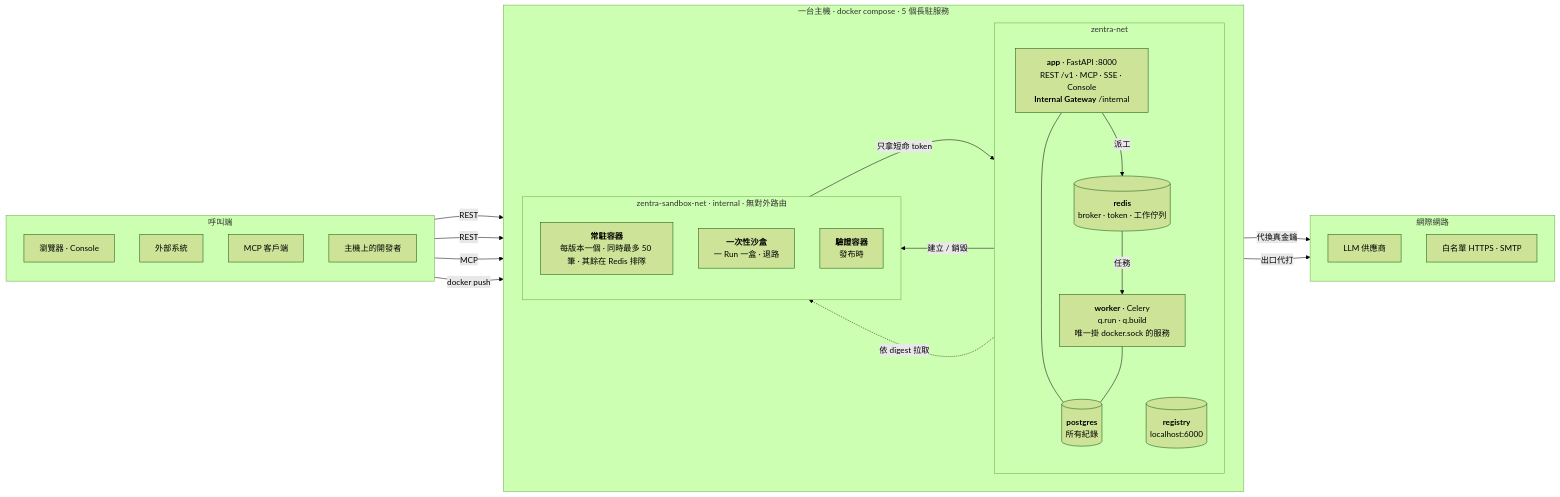
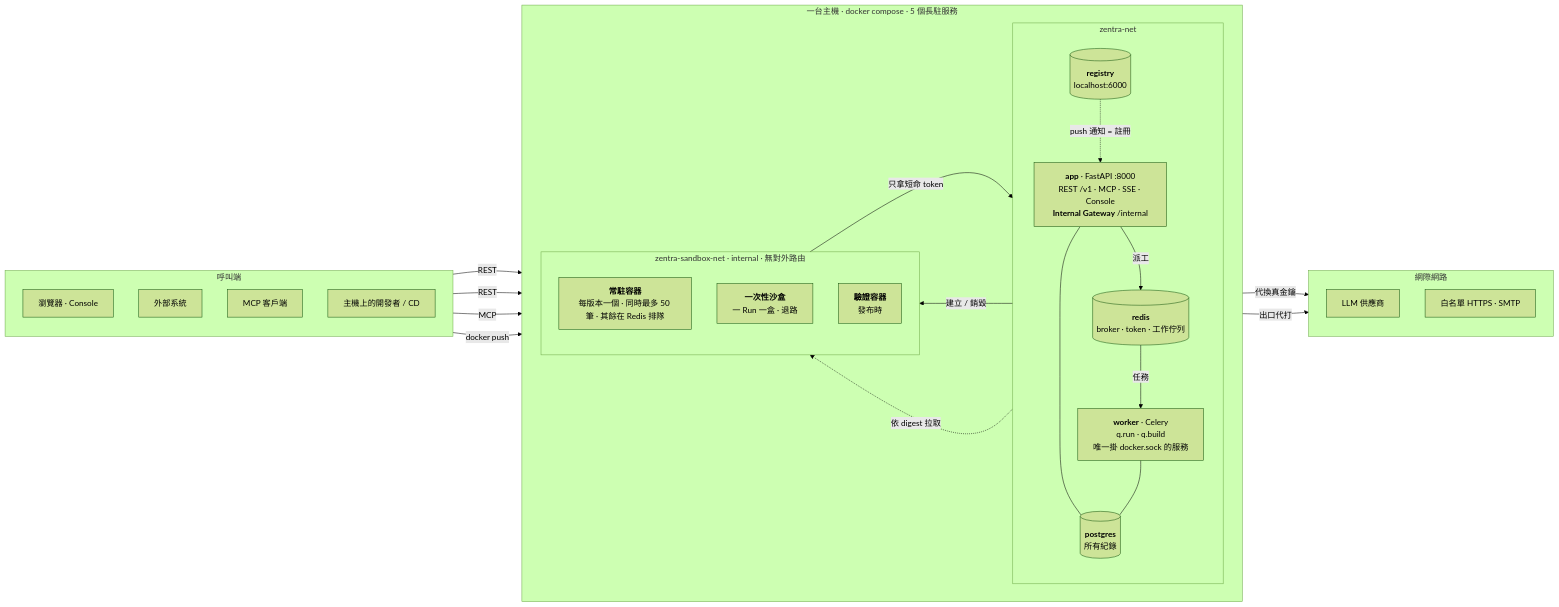
One commit to william9998/Zentra changed the second of 2 diagrams in README.md. Above: the diagram before and after it, drawn with Mermaid (forest theme). The commit also changed other lines of this file and 7 other files, not shown here.

````diff
--- a/README.md
+++ b/README.md
@@ -459,47 +451,48 @@
 ```mermaid
 flowchart LR
     subgraph clients["呼叫端"]
         direction TB
         browser["瀏覽器 · Console"]
         system["外部系統"]
         mcpc["MCP 客戶端"]
-        dev["主機上的開發者"]
+        dev["主機上的開發者 / CD"]
     end
 
     subgraph host["一台主機 · docker compose · 5 個長駐服務"]
         direction LR
         subgraph net["zentra-net"]
             direction TB
             app["<b>app</b> · FastAPI :8000<br/>REST /v1 · MCP · SSE · Console<br/><b>Internal Gateway</b> /internal"]
             worker["<b>worker</b> · Celery<br/>q.run · q.build<br/>唯一掛 docker.sock 的服務"]
             redis[("<b>redis</b><br/>broker · token · 工作佇列")]
             pg[("<b>postgres</b><br/>所有紀錄")]
             registry[("<b>registry</b><br/>localhost:6000")]
         end
         subgraph sbx["zentra-sandbox-net · internal · 無對外路由"]
             direction TB
             serve["<b>常駐容器</b><br/>每版本一個 · 同時最多 50 筆 · 其餘在 Redis 排隊"]
             oneoff["<b>一次性沙盒</b><br/>一 Run 一盒 · 退路"]
             validate["<b>驗證容器</b><br/>發布時"]
         end
     end
 
     subgraph outside["網際網路"]
         direction TB
         llm["LLM 供應商"]
         ext["白名單 HTTPS · SMTP"]
     end
 
     browser & system -- "REST" --> app
     mcpc -- "MCP" --> app
     dev -- "docker push" --> registry
+    registry -. "push 通知 = 註冊" .-> app
     app --- pg
     app -- "派工" --> redis
     redis -- "任務" --> worker
     worker --- pg
     worker -- "建立 / 銷毀" --> sbx
     registry -. "依 digest 拉取" .-> sbx
     sbx -- "只拿短命 token" --> app
     app -- "代換真金鑰" --> llm
     app -- "出口代打" --> ext
 ```
````
